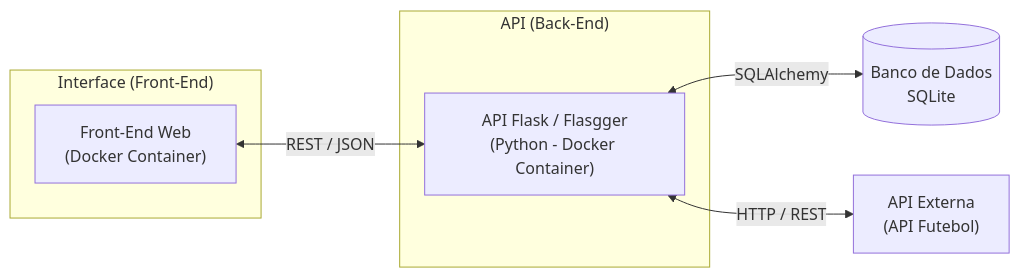
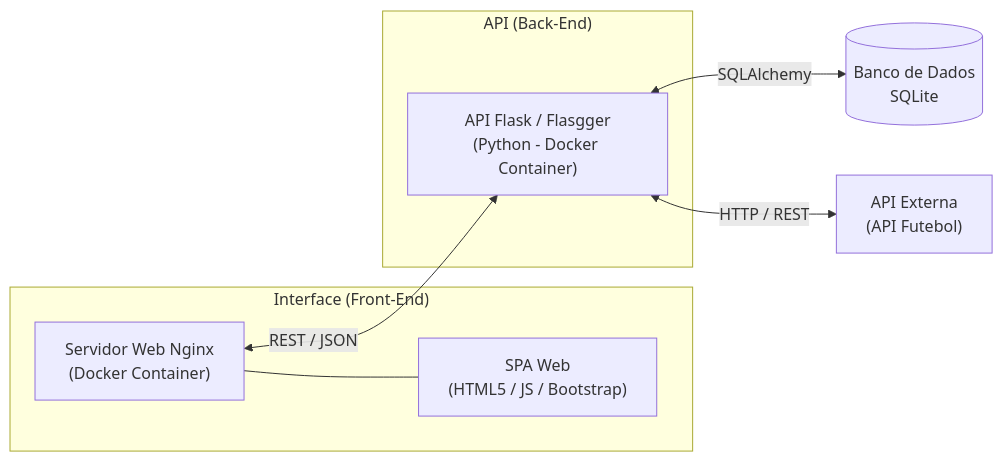
One commit to marciocorbolan/puc-rio-sprint-desenvolvimento-back-end-avancado-mvp-api changed the diagram in README.md. Above: the diagram before and after it, drawn with Mermaid.

````diff
--- a/README.md
+++ b/README.md
@@ -26,17 +26,19 @@
 ```mermaid
 graph LR
     subgraph FrontEnd [" Interface (Front-End) "]
-        FE["Front-End Web<br/>(Docker Container)"]
+        NGINX["Servidor Web Nginx<br/>(Docker Container)"]
+        FE["SPA Web<br/>(HTML5 / JS / Bootstrap)"]
+        NGINX --- FE
     end
 
     subgraph BackEnd [" API (Back-End) "]
         BE["API Flask / Flasgger<br/>(Python - Docker Container)"]
     end
 
     DB[("Banco de Dados<br/>SQLite")]
     EXT["API Externa<br/>(API Futebol)"]
 
-    FE <-->|REST / JSON| BE
+    NGINX <-->|REST / JSON| BE
     BE <-->|SQLAlchemy| DB
     BE <-->|HTTP / REST| EXT
 ```
````
